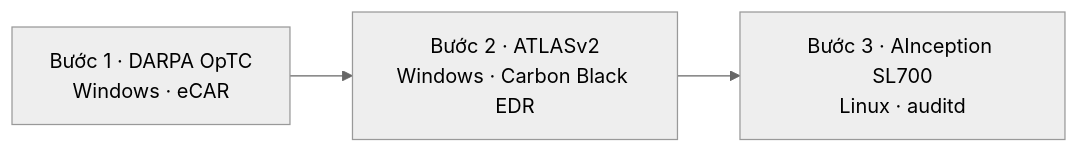
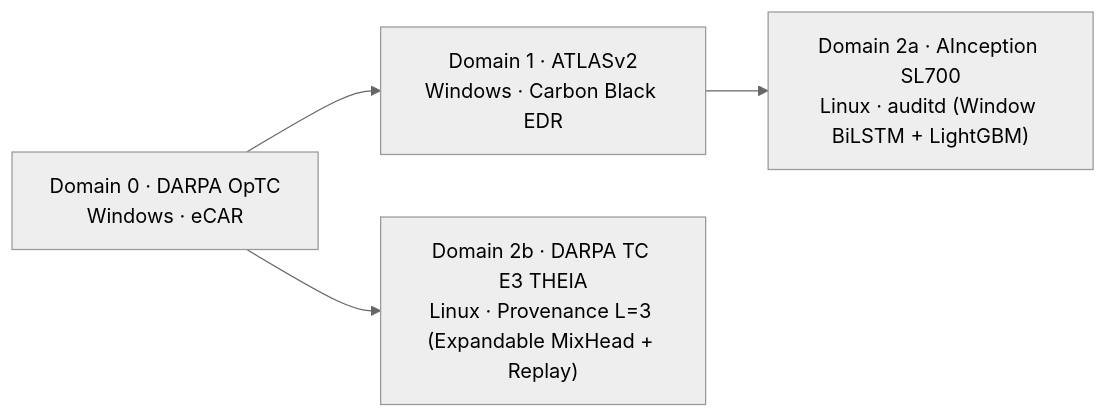
Before and after one commit to NhatNguyen012/KLTN: the diagram in README.md, drawn with Mermaid (neutral theme). The commit also changed other lines of this file and 49 other files, not shown here.

````diff
--- a/README.md
+++ b/README.md
@@ -33,4 +31,6 @@
   ```mermaid
   flowchart LR
-    S1["Bước 1 · DARPA OpTC<br/>Windows · eCAR"] --> S2["Bước 2 · ATLASv2<br/>Windows · Carbon Black EDR"] --> S3["Bước 3 · AInception SL700<br/>Linux · auditd"]
+    OpTC["Domain 0 · DARPA OpTC<br/>Windows · eCAR"] --> ATLAS["Domain 1 · ATLASv2<br/>Windows · Carbon Black EDR"]
+    ATLAS --> SL700["Domain 2a · AInception SL700<br/>Linux · auditd (Window BiLSTM + LightGBM)"]
+    OpTC --> THEIA["Domain 2b · DARPA TC E3 THEIA<br/>Linux · Provenance L=3 (Expandable MixHead + Replay)"]
   ```
````
